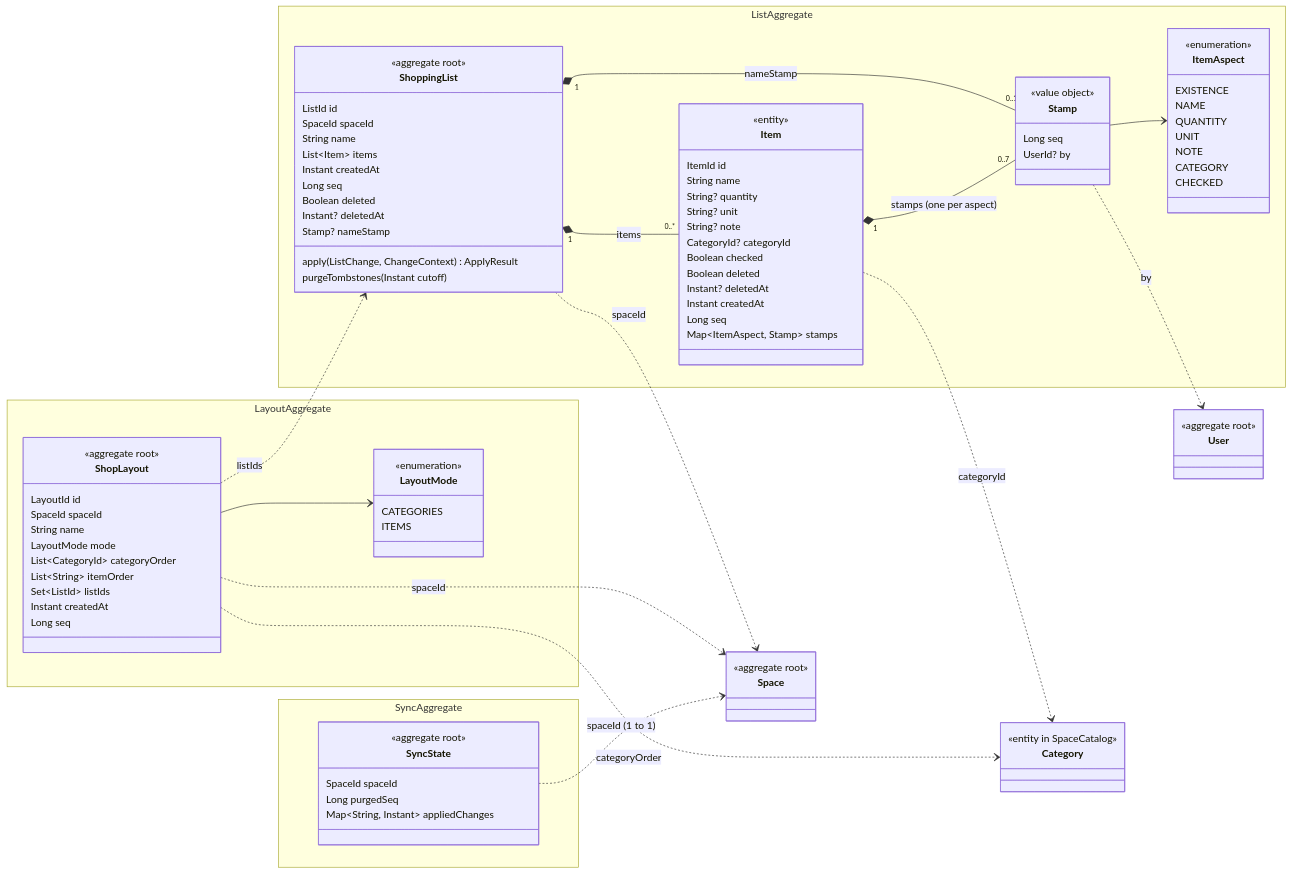
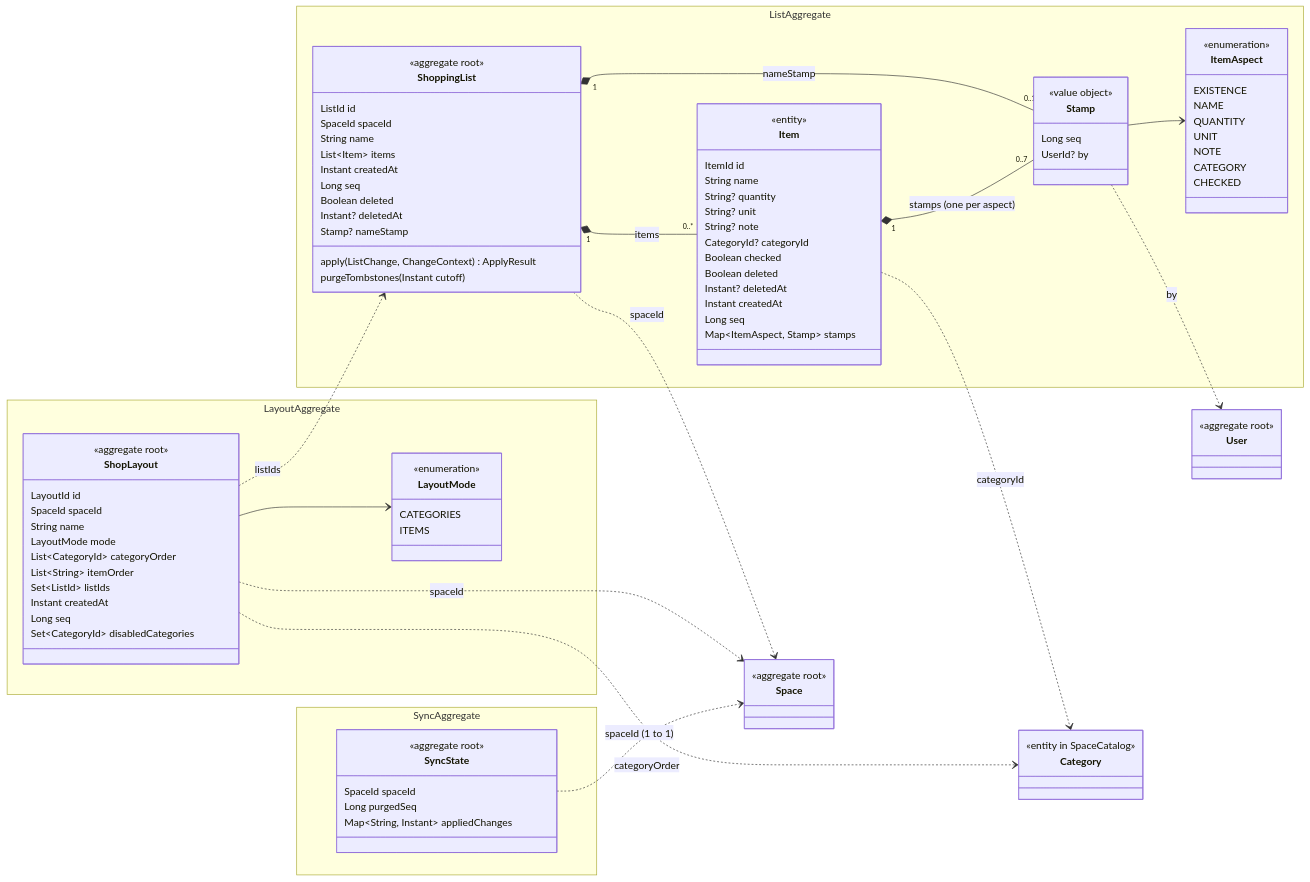
The fourth of 5 diagrams in doc/data_model.md (tfassbender/shopping_list_server), drawn with Mermaid before and after one commit. The commit also changed other lines of this file and 24 other files, not shown here.

```diff
--- a/doc/data_model.md
+++ b/doc/data_model.md
@@ -348,6 +348,7 @@
             Set~ListId~ listIds
             Instant createdAt
             Long seq
+            Set~CategoryId~ disabledCategories
         }
         class LayoutMode {
             <<enumeration>>
```
